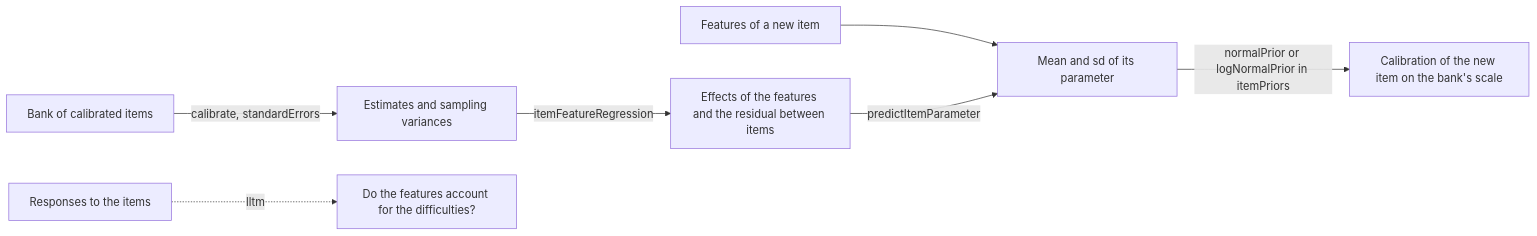
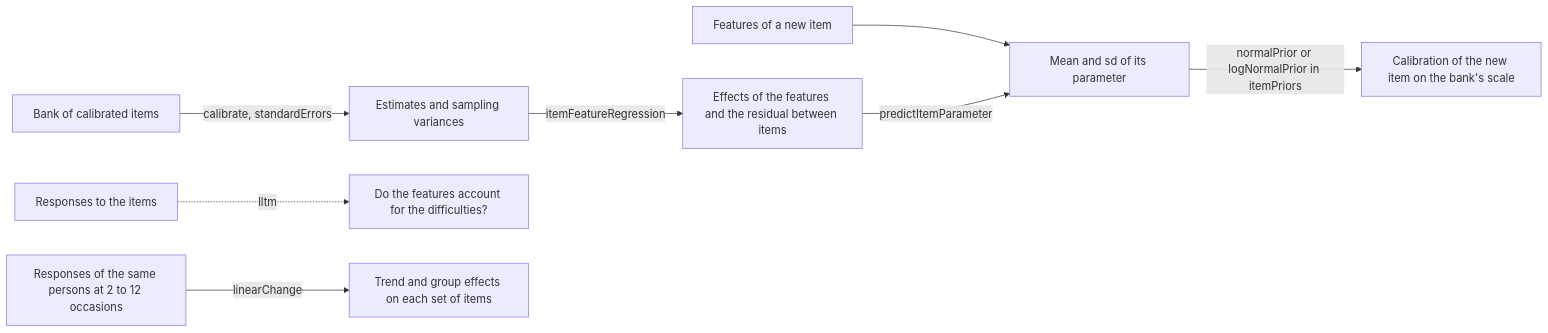
The first of 3 diagrams in docs/psychometrics/explanatory.md (measurekit/measurekit), drawn with Mermaid before and after one commit. The commit also changed other lines of this file and 18 other files, not shown here.

First line of the commit message:
Add linear logistic change, and the linear logistic test model of partial credit and rating scale items

````diff
--- a/docs/psychometrics/explanatory.md
+++ b/docs/psychometrics/explanatory.md
@@ -6,9 +7,10 @@
 ```mermaid
 flowchart LR
   B[Bank of calibrated items] -->|"calibrate, standardErrors"| C[Estimates and sampling variances]
   C -->|itemFeatureRegression| R[Effects of the features and the residual between items]
   F[Features of a new item] --> P
   R -->|predictItemParameter| P["Mean and sd of its parameter"]
   P -->|"normalPrior or logNormalPrior in itemPriors"| N[Calibration of the new item on the bank's scale]
   D[Responses to the items] -.->|lltm| T[Do the features account for the difficulties?]
+  O[Responses of the same persons at 2 to 12 occasions] -->|linearChange| E[Trend and group effects on each set of items]
 ```
````
